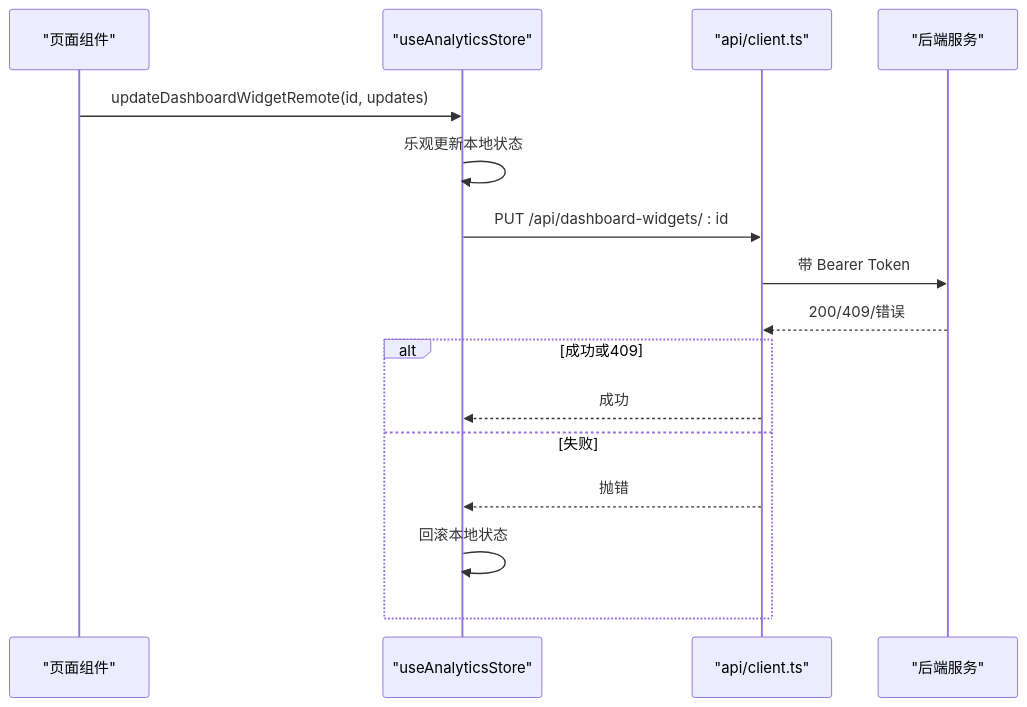
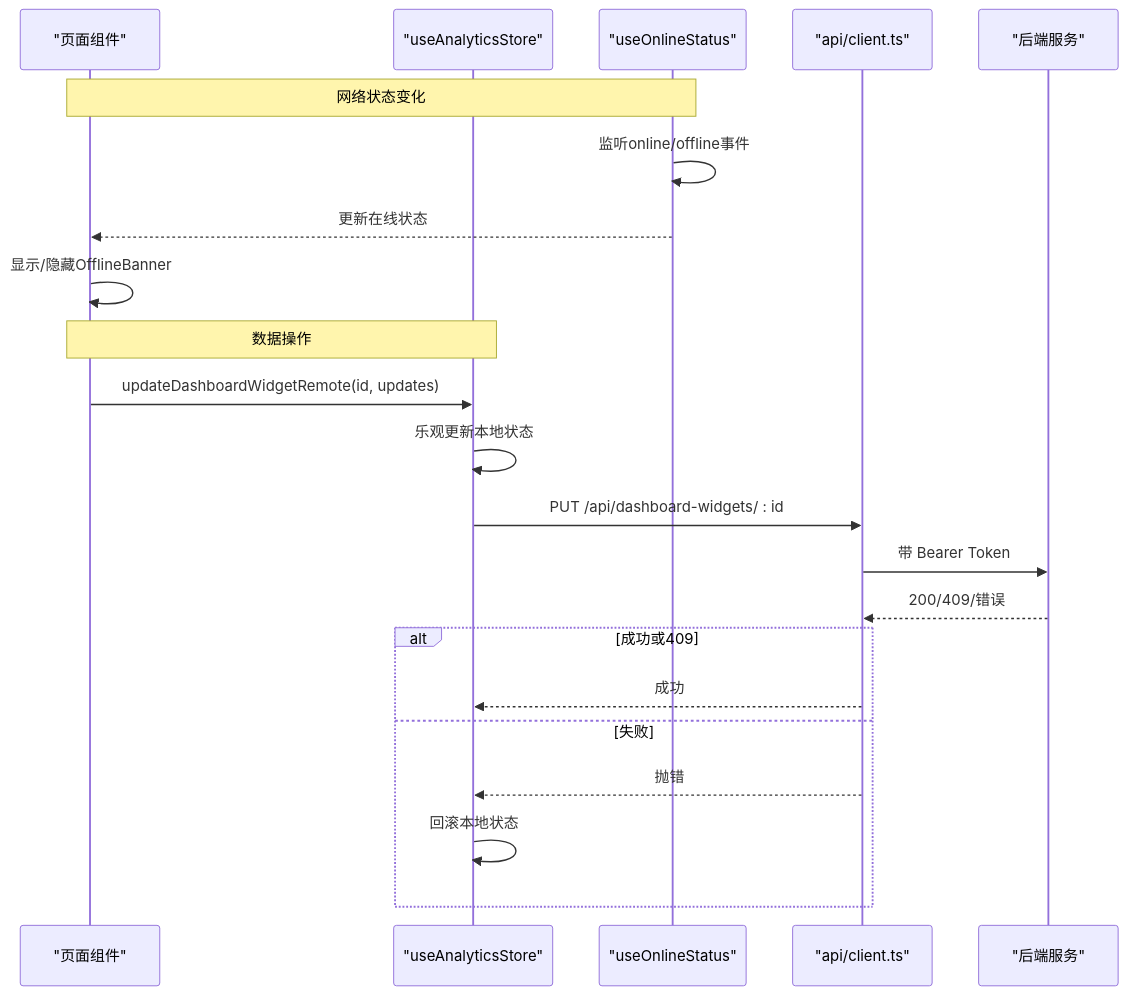
Before and after one commit to dgjin/smart-data-analytics: the seventh of 9 diagrams in .qoder/repowiki/zh/content/前端应用/应用架构设计.md, drawn with Mermaid. The commit also changed other lines of this file and 146 other files, not shown here.

````diff
--- a/.qoder/repowiki/zh/content/前端应用/应用架构设计.md
+++ b/.qoder/repowiki/zh/content/前端应用/应用架构设计.md
@@ -239,18 +353,24 @@
 ```mermaid
 sequenceDiagram
 participant UI as "页面组件"
 participant Store as "useAnalyticsStore"
+participant Online as "useOnlineStatus"
 participant API as "api/client.ts"
 participant S as "后端服务"
+Note over UI,Online : 网络状态变化
+Online->>Online : 监听online/offline事件
+Online-->>UI : 更新在线状态
+UI->>UI : 显示/隐藏OfflineBanner
+Note over UI,Store : 数据操作
 UI->>Store : updateDashboardWidgetRemote(id, updates)
 Store->>Store : 乐观更新本地状态
 Store->>API : PUT /api/dashboard-widgets/ : id
 API->>S : 带 Bearer Token
 S-->>API : 200/409/错误
 alt 成功或409
 API-->>Store : 成功
 else 失败
 API-->>Store : 抛错
 Store->>Store : 回滚本地状态
 end
 ```
````
